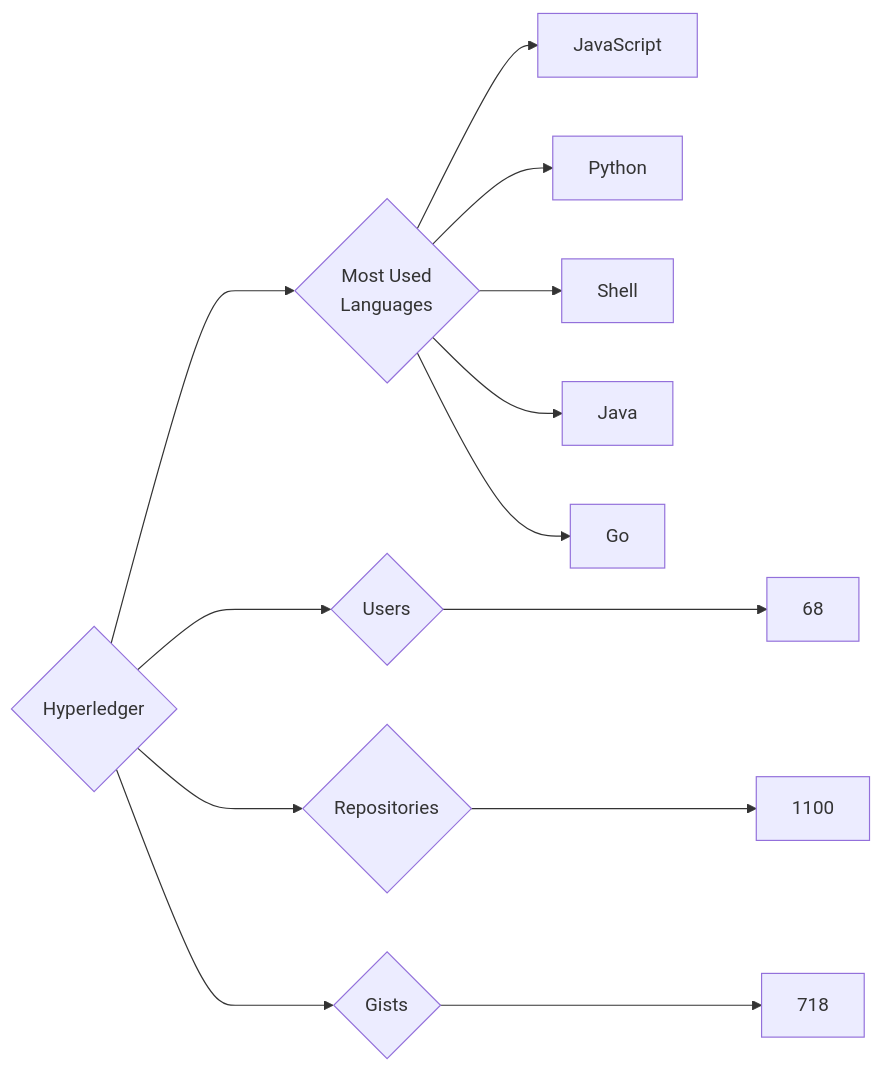
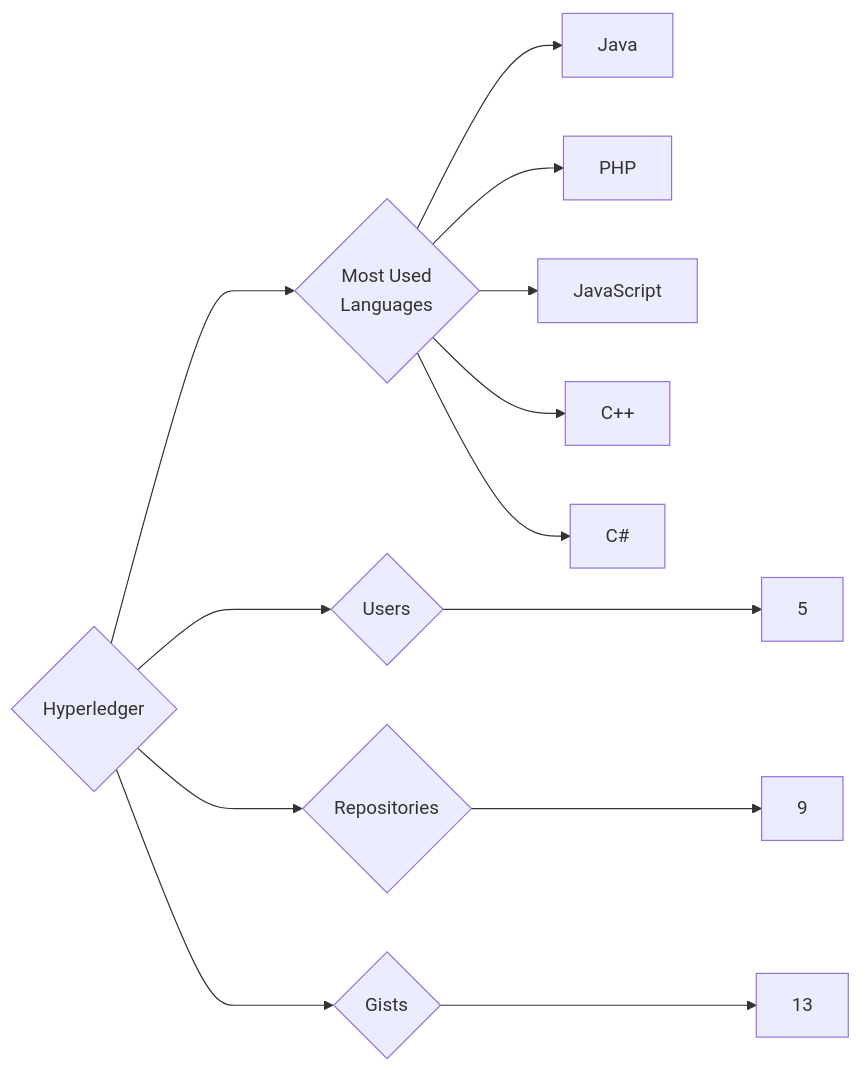
The diagram in targets/Hyperledger/README.md (trickest/insiders), drawn with Mermaid before and after one commit. The commit also changed 934 other files, not shown here.

````diff
--- a/targets/Hyperledger/README.md
+++ b/targets/Hyperledger/README.md
@@ -3,13 +3,13 @@
 ```mermaid
 graph LR
 COMPANY_NAME{Hyperledger}
-COMPANY_NAME ---> U{Users} ---> UN[68]
-COMPANY_NAME ---> R{Repositories} ---> RN[1100]
-COMPANY_NAME ---> G{Gists} ---> GN[718]
+COMPANY_NAME ---> U{Users} ---> UN[5]
+COMPANY_NAME ---> R{Repositories} ---> RN[9]
+COMPANY_NAME ---> G{Gists} ---> GN[13]
 COMPANY_NAME ---> ML{Most Used<br>Languages}
+ML --> Java[Java]
+ML --> PHP[PHP]
 ML --> JavaScript[JavaScript]
-ML --> Python[Python]
-ML --> Shell[Shell]
-ML --> Java[Java]
-ML --> Go[Go]
+ML --> C++[C++]
+ML --> C#[C#]
 ```
````
